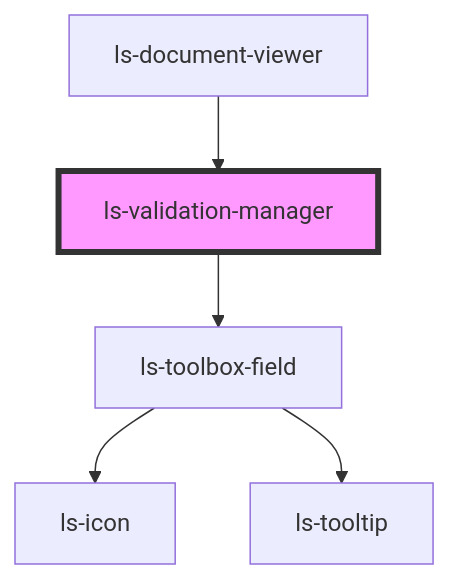
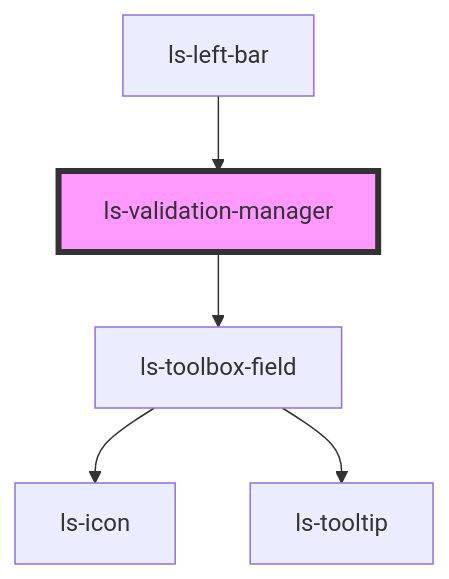
Before and after one commit to legalesign/ls-document-viewer: the diagram in src/components/ls-validation-manager/readme.md, drawn with Mermaid. The commit also changed other lines of this file and 19 other files, not shown here.

````diff
--- a/src/components/ls-validation-manager/readme.md
+++ b/src/components/ls-validation-manager/readme.md
@@ -26,8 +26,8 @@
 ```mermaid
 graph TD;
   ls-validation-manager --> ls-toolbox-field
   ls-toolbox-field --> ls-icon
   ls-toolbox-field --> ls-tooltip
-  ls-document-viewer --> ls-validation-manager
+  ls-left-bar --> ls-validation-manager
   style ls-validation-manager fill:#f9f,stroke:#333,stroke-width:4px
 ```
````
